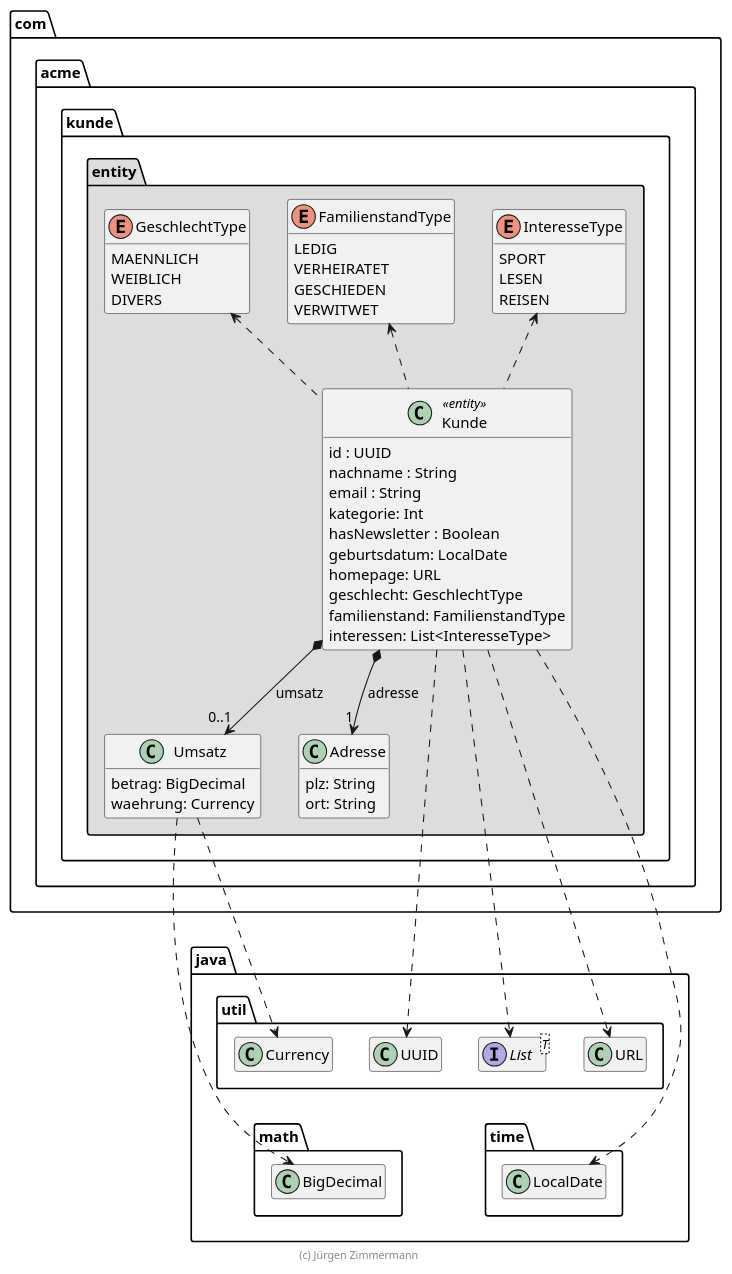
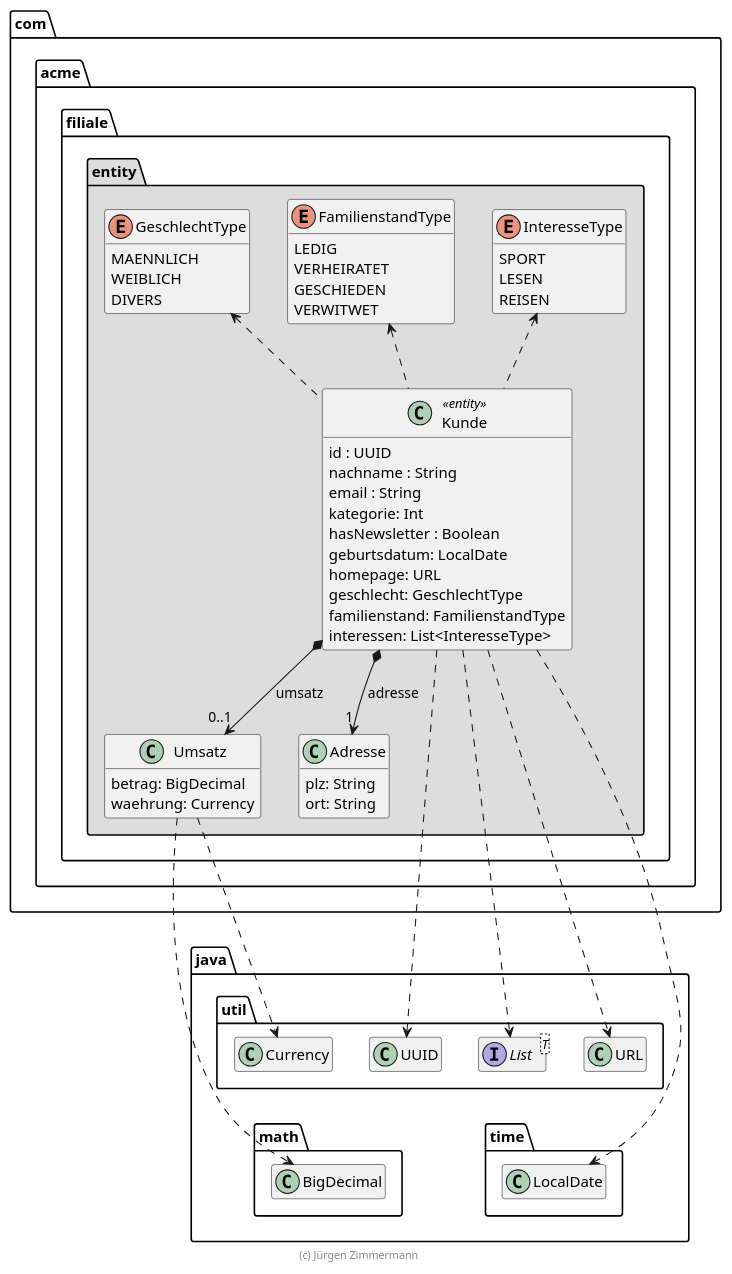
Before and after one commit to buecktobias/SWA_filiale: the diagram in extras/doc/Kunde.plantuml, drawn with PlantUML. The commit also changed 125 other files, not shown here.

```diff
--- a/extras/doc/Kunde.plantuml
+++ b/extras/doc/Kunde.plantuml
@@ -15,88 +15,88 @@
 @startuml Kunde
 
 skinparam classAttributeIconSize 0
 ' skinparam monochrome true
 
 package java {
     package util {
         class UUID
         interface List<T>
         class URL
         class Currency
     }
 
     package math {
         class BigDecimal
     }
 
     package time {
         class LocalDate
     }
 
     BigDecimal .up[hidden].> UUID
     UUID .[hidden].> LocalDate
 }
 
-package com.acme.kunde.entity #DDDDDD {
+package com.acme.filiale.entity #DDDDDD {
     class Umsatz {
         betrag: BigDecimal
         waehrung: Currency
     }
 
     class Adresse {
         plz: String
         ort: String
     }
 
     enum GeschlechtType {
         MAENNLICH
         WEIBLICH
         DIVERS
     }
 
     enum FamilienstandType {
         LEDIG
         VERHEIRATET
         GESCHIEDEN
         VERWITWET
     }
 
     enum InteresseType {
         SPORT
         LESEN
         REISEN
     }
 
     class Kunde << entity >> {
         id : UUID
         nachname : String
         email : String
         kategorie: Int
         hasNewsletter : Boolean
         geburtsdatum: LocalDate
         homepage: URL
         geschlecht: GeschlechtType
         familienstand: FamilienstandType
         interessen: List<InteresseType>
     }
 
     Kunde *--> "0..1" Umsatz : umsatz
     Kunde *--> "1" Adresse : adresse
     Kunde .up.> GeschlechtType
     Kunde .up.> FamilienstandType
     Kunde .up.> InteresseType
 
     Kunde ..> UUID
     Kunde ..> LocalDate
     Kunde ..> List
     Kunde ..> URL
 
     Umsatz ..> Currency
     Umsatz ..> BigDecimal
 }
 
 hide empty members
 
 footer (c) Jürgen Zimmermann
 
 @enduml
```
